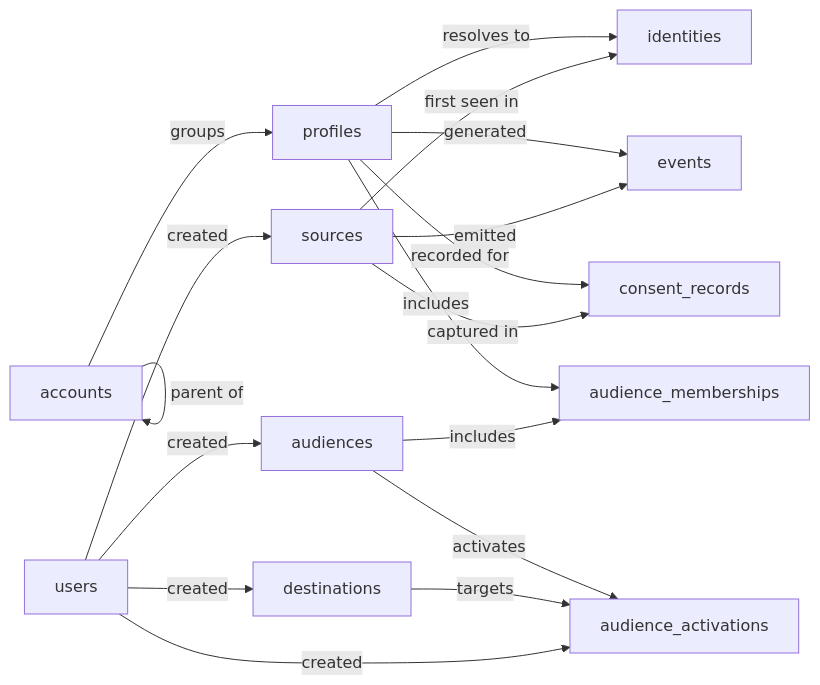
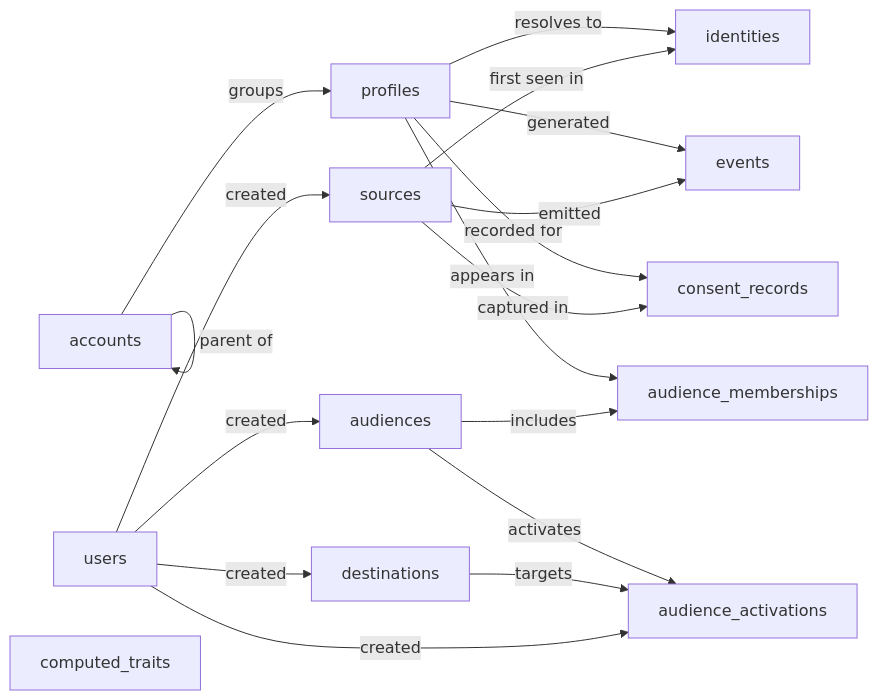
The diagram in models/customer_data_platform-semantic-model.md (semantius/semantius), drawn with Mermaid before and after one commit. The commit also changed other lines of this file and 34 other files, not shown here.

````diff
--- a/models/customer_data_platform-semantic-model.md
+++ b/models/customer_data_platform-semantic-model.md
@@ -56,19 +58,20 @@
 ```mermaid
 flowchart LR
     accounts -->|groups| profiles
     accounts -->|parent of| accounts
     profiles -->|resolves to| identities
     profiles -->|generated| events
     profiles -->|recorded for| consent_records
     sources -->|first seen in| identities
     sources -->|emitted| events
     sources -->|captured in| consent_records
-    profiles -->|includes| audience_memberships
+    profiles -->|appears in| audience_memberships
     audiences -->|includes| audience_memberships
     audiences -->|activates| audience_activations
     destinations -->|targets| audience_activations
     users -->|created| audiences
     users -->|created| sources
     users -->|created| destinations
     users -->|created| audience_activations
+    computed_traits
 ```
````
